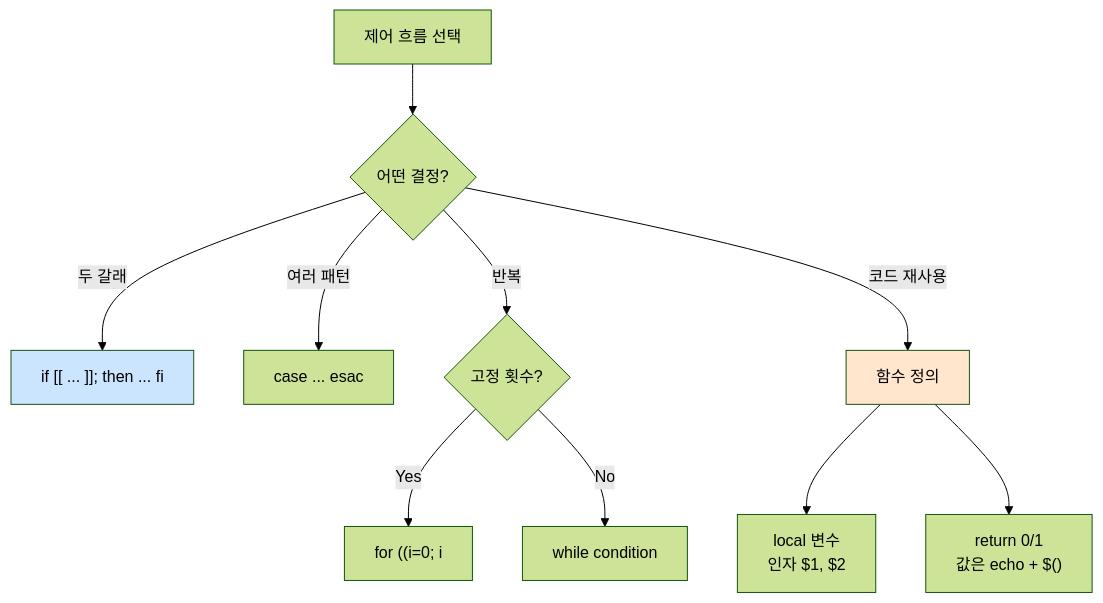
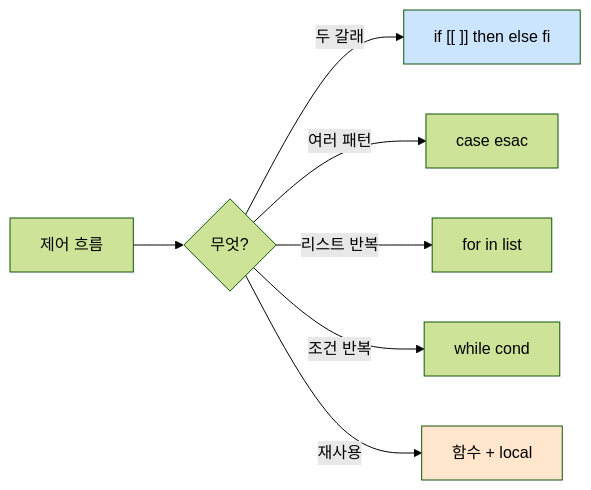
One commit to codewhite7777/codyssey_notes changed the diagram in codyssey_b1_1_study/bash-control-flow.md. Above: the diagram before and after it, drawn with Mermaid (forest theme). The commit also changed other lines of this file and 5 other files, not shown here.

````diff
--- a/codyssey_b1_1_study/bash-control-flow.md
+++ b/codyssey_b1_1_study/bash-control-flow.md
@@ -183,15 +280,12 @@
 ```mermaid
-flowchart TD
-    A[제어 흐름 선택] --> B{어떤 결정?}
-    B -->|두 갈래| C["if [[ ... ]]; then ... fi"]
-    B -->|여러 패턴| D[case ... esac]
-    B -->|반복| E{고정 횟수?}
-    E -->|Yes| F["for ((i=0; i<n; i++))"]
-    E -->|No| G[while condition]
-    B -->|코드 재사용| H[함수 정의]
-    H --> I["local 변수<br/>인자 $1, $2"]
-    H --> J["return 0/1<br/>값은 echo + $()"]
+flowchart LR
+    A[제어 흐름] --> B{무엇?}
+    B -->|두 갈래| C["if [[ ]] then else fi"]
+    B -->|여러 패턴| D[case esac]
+    B -->|리스트 반복| E[for in list]
+    B -->|조건 반복| F[while cond]
+    B -->|재사용| G[함수 + local]
 
     style C fill:#cce5ff
-    style H fill:#ffe6cc
+    style G fill:#ffe6cc
 ```
````
